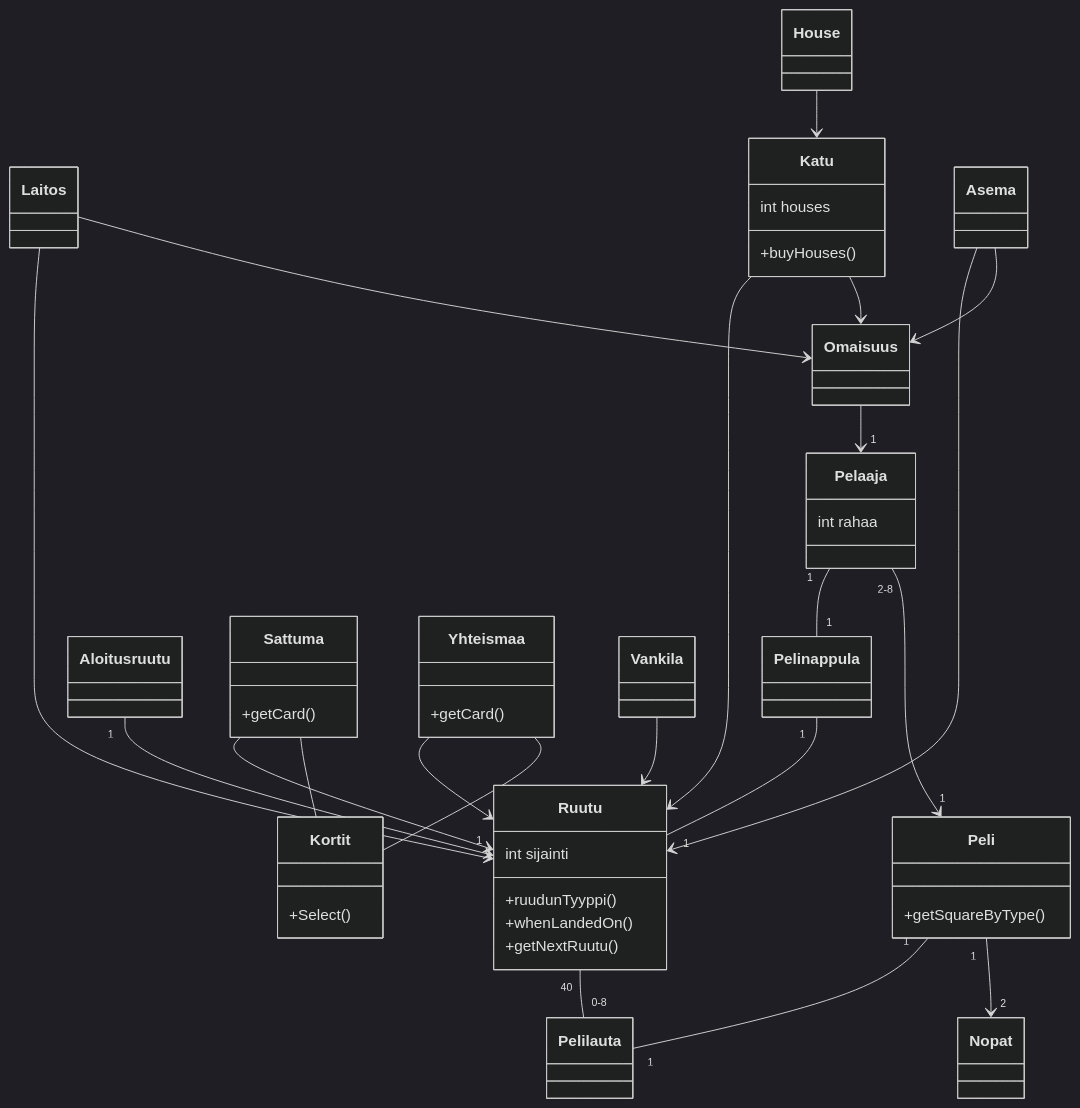
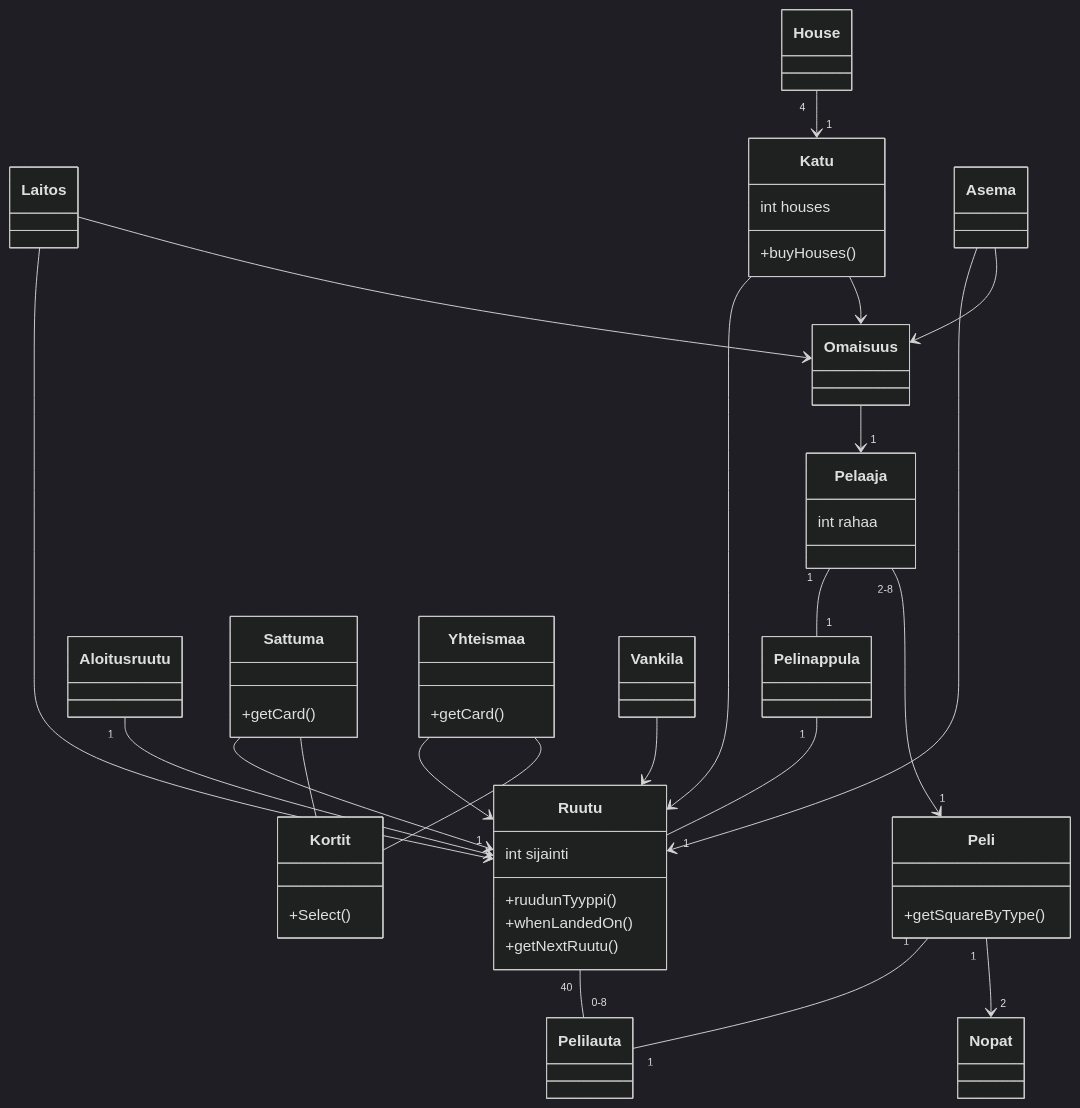
The diagram in laskarit/viikko3/monopoli.md (erz64/ot-harjoitustyo), drawn with Mermaid (dark theme) before and after one commit.

Commit message:
muokkaus monopoli.md

````diff
--- a/laskarit/viikko3/monopoli.md
+++ b/laskarit/viikko3/monopoli.md
@@ -1,81 +1,81 @@
 ```mermaid
     classDiagram
         Pelaaja "1" -- "1" Pelinappula
         Ruutu "40" -- "0-8" Pelilauta 
         Pelinappula "1" -- "1" Ruutu
         Pelaaja "2-8" --> "1" Peli
         Peli "1" -- "1" Pelilauta
         Peli "1" --> "2" Nopat
         Aloitusruutu "1" --> "1" Ruutu
         Laitos --> Ruutu
         Sattuma --> Ruutu
         Yhteismaa --> Ruutu
         Vankila --> Ruutu
         Katu --> Ruutu
         Asema --> Ruutu
         Sattuma -- Kortit
         Yhteismaa -- Kortit
         Katu --> Omaisuus
         Laitos --> Omaisuus
         Asema --> Omaisuus
-        House --> Katu
+        House "4" --> "1" Katu
         Omaisuus --> "1" Pelaaja
         
 
 
         class Peli{
             +getSquareByType()
         }
         class Nopat{
             
         }
         class Pelaaja{
             int rahaa
         }
         class Pelinappula{
 
         }
         class Pelilauta{
             
         }
         class Ruutu{
             int sijainti
             +ruudunTyyppi()
             +whenLandedOn()
             +getNextRuutu()
         }
         class Aloitusruutu{
 
         }
         class Laitos{
 
         }
         class Vankila{
 
         }
         class Katu{
             int houses
             +buyHouses()
         }
         class Asema{
 
         }
         class House{
 
         }
         class Sattuma{
             +getCard()
         }
         class Yhteismaa{
             +getCard()
         }
 
         class Kortit{
             +Select()
         }
         
         class Omaisuus{
 
         }
 
 ```     
````
